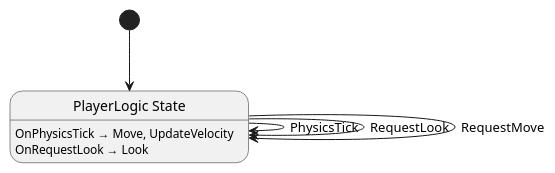
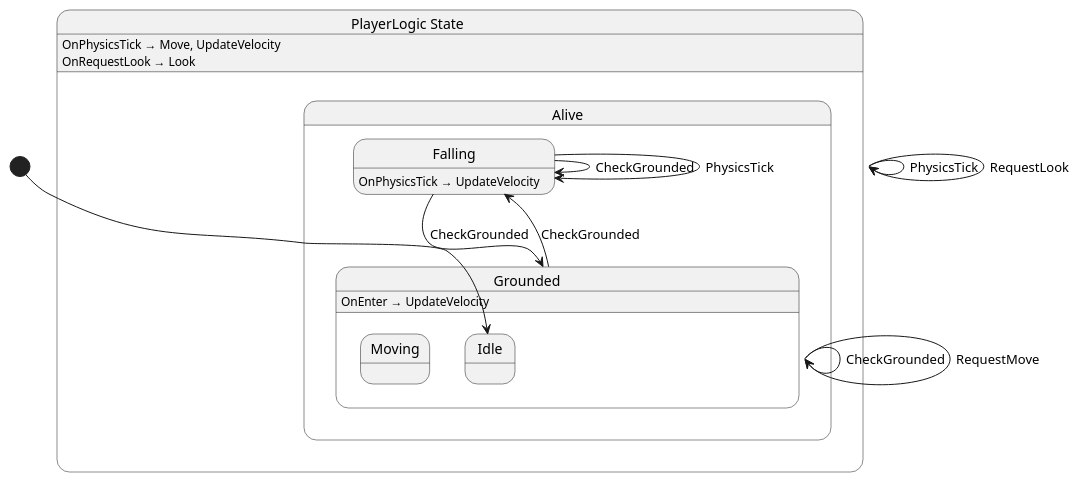
One commit to nilsiker/vardag-midnight-laundry changed the diagram in src/player/state/PlayerLogic.g.puml. Above: the diagram before and after it, drawn with PlantUML. The commit also changed 66 other files, not shown here.

```diff
--- a/src/player/state/PlayerLogic.g.puml
+++ b/src/player/state/PlayerLogic.g.puml
@@ -1,12 +1,27 @@
 @startuml PlayerLogic
-state "PlayerLogic State" as Vardag_PlayerLogic_State
+state "PlayerLogic State" as Vardag_PlayerLogic_State {
+  state "Alive" as Vardag_PlayerLogic_State_Alive {
+    state "Falling" as Vardag_PlayerLogic_State_Alive_Falling
+    state "Grounded" as Vardag_PlayerLogic_State_Alive_Grounded {
+      state "Idle" as Vardag_PlayerLogic_State_Alive_Grounded_Idle
+      state "Moving" as Vardag_PlayerLogic_State_Alive_Grounded_Moving
+    }
+  }
+}
 
 Vardag_PlayerLogic_State --> Vardag_PlayerLogic_State : PhysicsTick
 Vardag_PlayerLogic_State --> Vardag_PlayerLogic_State : RequestLook
-Vardag_PlayerLogic_State --> Vardag_PlayerLogic_State : RequestMove
+Vardag_PlayerLogic_State_Alive_Falling --> Vardag_PlayerLogic_State_Alive_Falling : CheckGrounded
+Vardag_PlayerLogic_State_Alive_Falling --> Vardag_PlayerLogic_State_Alive_Falling : PhysicsTick
+Vardag_PlayerLogic_State_Alive_Falling --> Vardag_PlayerLogic_State_Alive_Grounded : CheckGrounded
+Vardag_PlayerLogic_State_Alive_Grounded --> Vardag_PlayerLogic_State_Alive_Falling : CheckGrounded
+Vardag_PlayerLogic_State_Alive_Grounded --> Vardag_PlayerLogic_State_Alive_Grounded : CheckGrounded
+Vardag_PlayerLogic_State_Alive_Grounded --> Vardag_PlayerLogic_State_Alive_Grounded : RequestMove
 
 Vardag_PlayerLogic_State : OnPhysicsTick → Move, UpdateVelocity
 Vardag_PlayerLogic_State : OnRequestLook → Look
+Vardag_PlayerLogic_State_Alive_Falling : OnPhysicsTick → UpdateVelocity
+Vardag_PlayerLogic_State_Alive_Grounded : OnEnter → UpdateVelocity
 
-[*] --> Vardag_PlayerLogic_State
+[*] --> Vardag_PlayerLogic_State_Alive_Grounded_Idle
 @enduml
```
